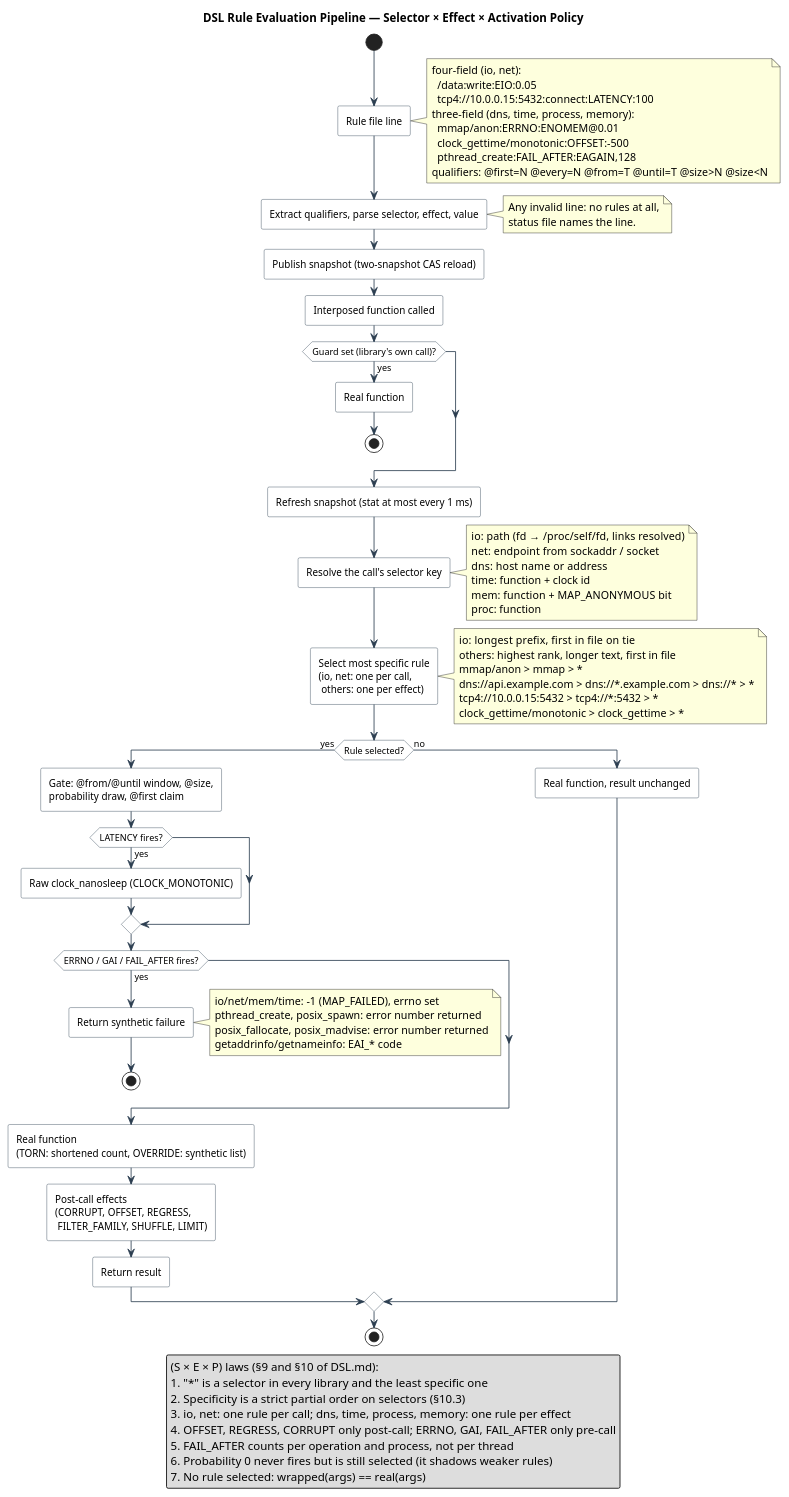
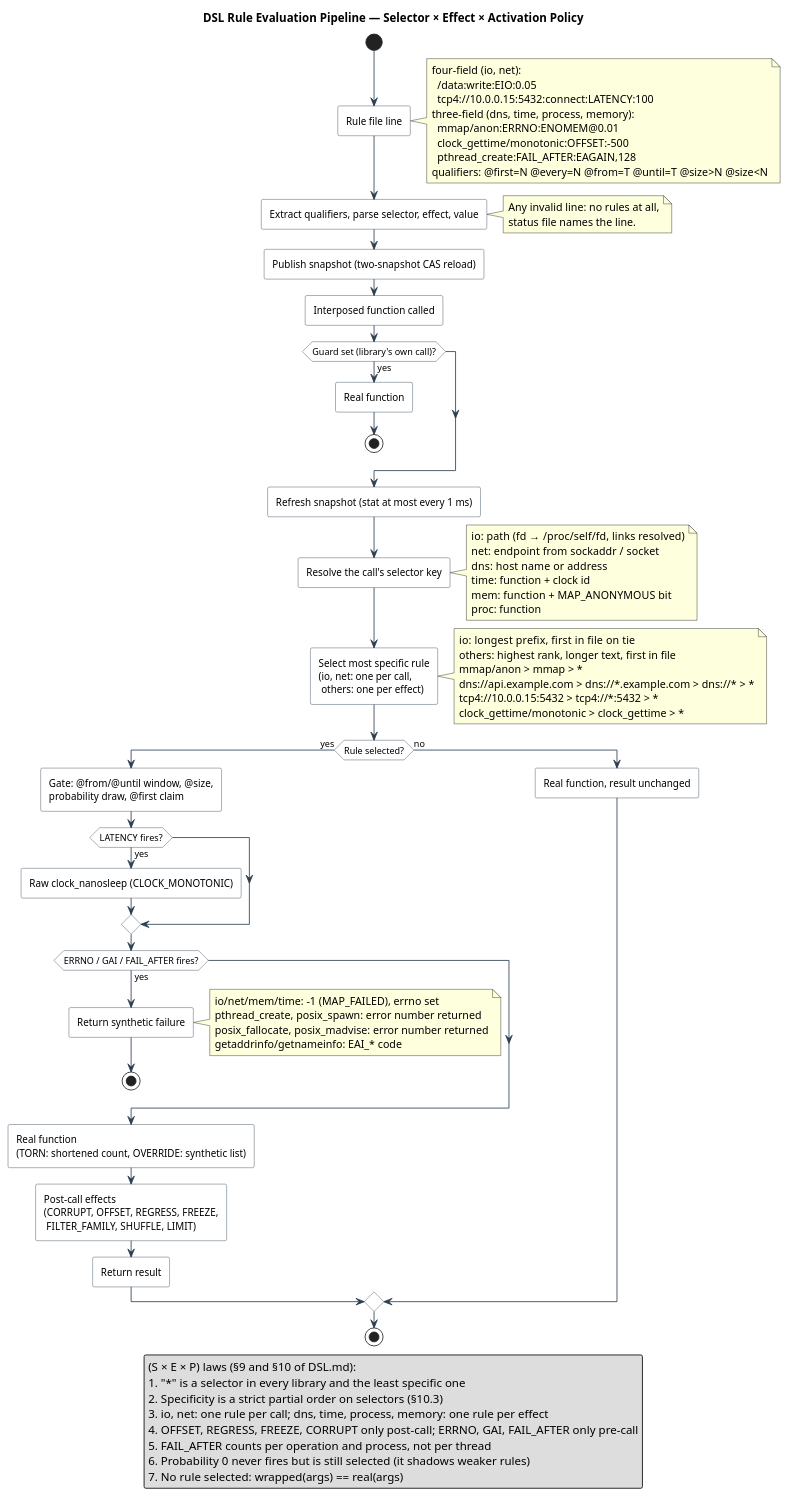
Before and after one commit to macstab/macstab-chaos-testing-libraries: the diagram in docs/DSL.md, drawn with PlantUML. The commit also changed other lines of this file and 23 other files, not shown here.

```diff
--- a/docs/DSL.md
+++ b/docs/DSL.md
@@ -746,7 +748,7 @@
   :Real function
   (TORN: shortened count, OVERRIDE: synthetic list);
   :Post-call effects
-  (CORRUPT, OFFSET, REGRESS,
+  (CORRUPT, OFFSET, REGRESS, FREEZE,
    FILTER_FAMILY, SHUFFLE, LIMIT);
   :Return result;
 else (no)
@@ -760,7 +762,7 @@
   1. "*" is a selector in every library and the least specific one
   2. Specificity is a strict partial order on selectors (§10.3)
   3. io, net: one rule per call; dns, time, process, memory: one rule per effect
-  4. OFFSET, REGRESS, CORRUPT only post-call; ERRNO, GAI, FAIL_AFTER only pre-call
+  4. OFFSET, REGRESS, FREEZE, CORRUPT only post-call; ERRNO, GAI, FAIL_AFTER only pre-call
   5. FAIL_AFTER counts per operation and process, not per thread
   6. Probability 0 never fires but is still selected (it shadows weaker rules)
   7. No rule selected: wrapped(args) == real(args)
```
